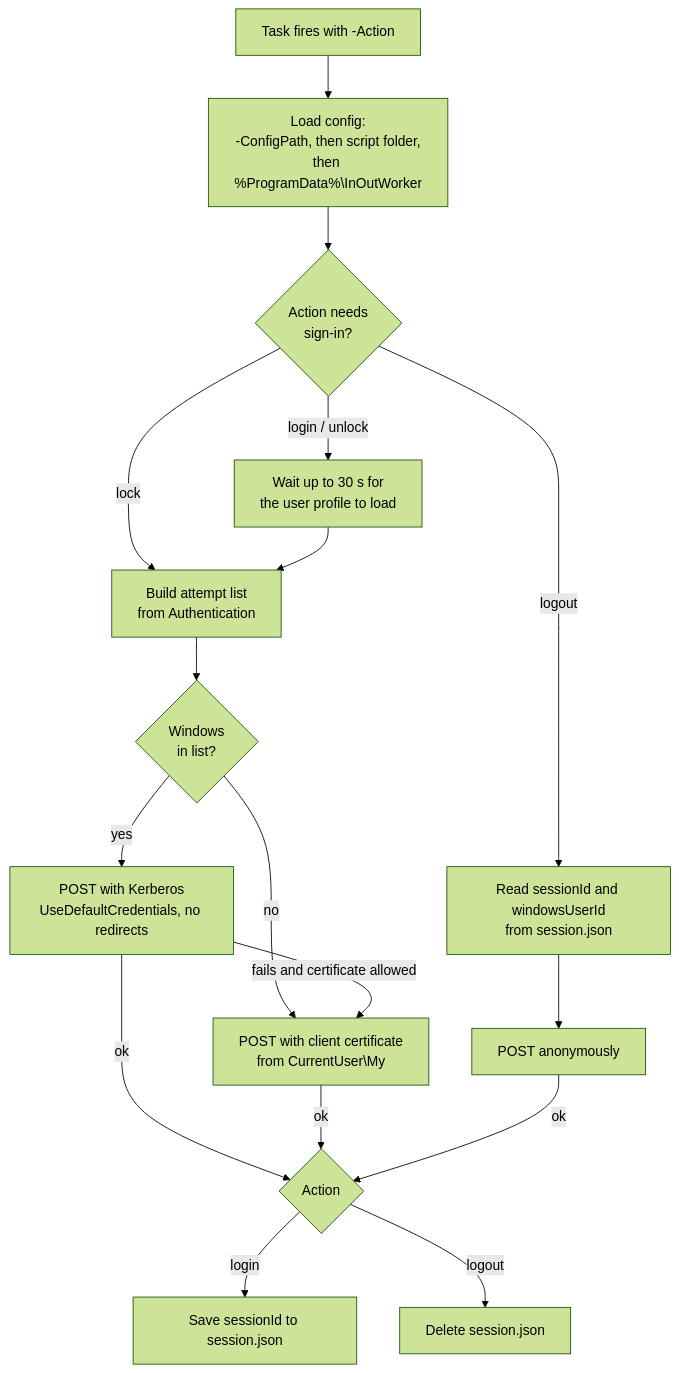
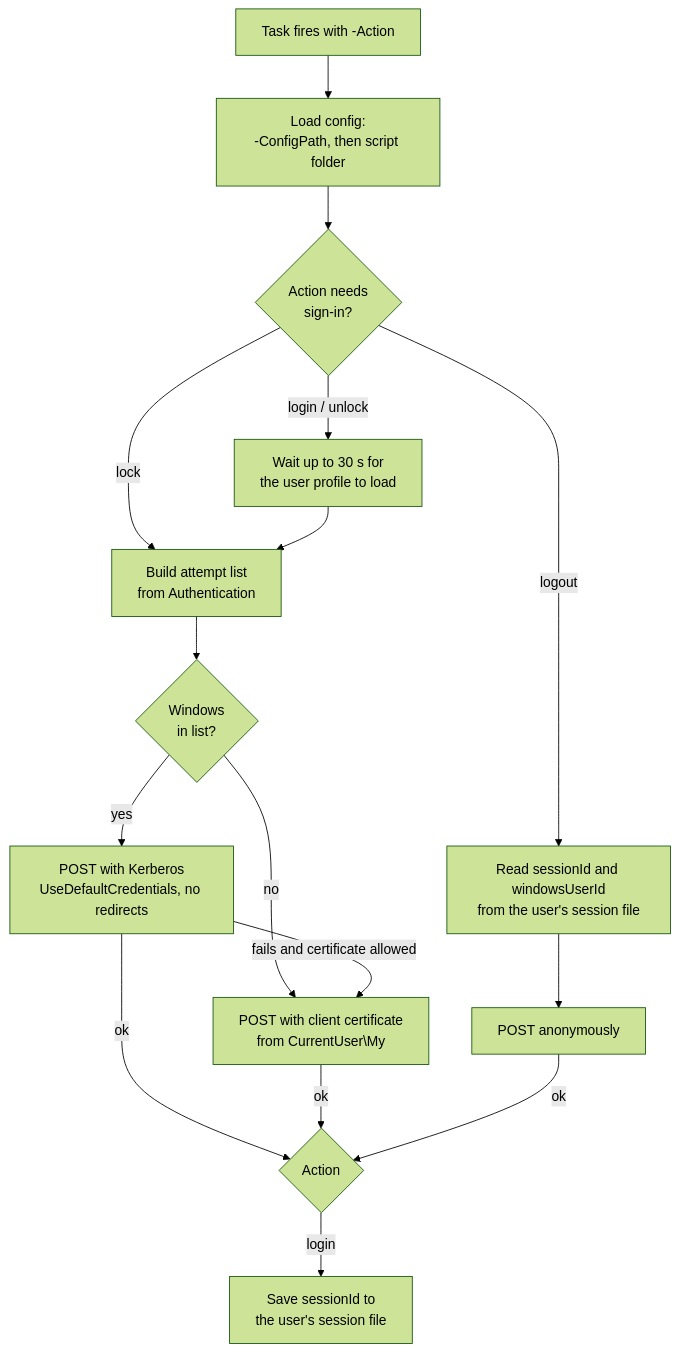
The diagram in docs/readyroom/windows-client.md (winllc/ens-apps-documentation), drawn with Mermaid (forest theme) before and after one commit. The commit also changed other lines of this file and 9 other files, not shown here.

````diff
--- a/docs/readyroom/windows-client.md
+++ b/docs/readyroom/windows-client.md
@@ -32,19 +33,18 @@
 ```mermaid
 flowchart TD
-    A[Task fires with -Action] --> B[Load config:<br/>-ConfigPath, then script folder,<br/>then %ProgramData%\InOutWorker]
+    A[Task fires with -Action] --> B[Load config:<br/>-ConfigPath, then script folder]
     B --> C{Action needs<br/>sign-in?}
     C -- "login / unlock" --> D[Wait up to 30 s for<br/>the user profile to load]
     C -- lock --> E
     D --> E[Build attempt list<br/>from Authentication]
     E --> F{Windows<br/>in list?}
     F -- yes --> G[POST with Kerberos<br/>UseDefaultCredentials, no redirects]
     F -- no --> H
     G -- fails and certificate allowed --> H[POST with client certificate<br/>from CurrentUser\My]
-    C -- logout --> I[Read sessionId and windowsUserId<br/>from session.json]
+    C -- logout --> I[Read sessionId and windowsUserId<br/>from the user's session file]
     I --> J[POST anonymously]
     G -- ok --> K
     H -- ok --> K{Action}
     J -- ok --> K
-    K -- login --> L[Save sessionId to session.json]
-    K -- logout --> M[Delete session.json]
+    K -- login --> L[Save sessionId to<br/>the user's session file]
 ```
````
